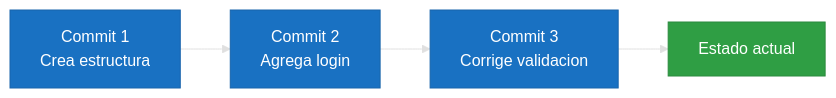
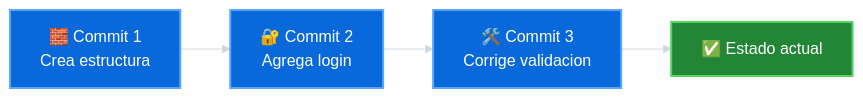
Before and after one commit to 7on2/curso-git-github-desde-cero: the first of 9 diagrams in README.md, drawn with Mermaid. The commit also changed other lines of this file, not shown here.

Commit message:
Mejora colores e iconos de diagramas Mermaid

````diff
--- a/README.md
+++ b/README.md
@@ -119,12 +119,12 @@
 ```mermaid
-%%{init: {'theme': 'base', 'themeVariables': {'primaryTextColor': '#fff', 'lineColor': '#e0e0e0'}}}%%
+%%{init: {'theme': 'base', 'themeVariables': {'primaryTextColor': '#ffffff', 'secondaryTextColor': '#ffffff', 'tertiaryTextColor': '#ffffff', 'lineColor': '#d0d7de', 'edgeLabelBackground': '#0d1117', 'fontFamily': 'Arial'}}}%%
 flowchart LR
-    A[Commit 1\nCrea estructura] --> B[Commit 2\nAgrega login]
-    B --> C[Commit 3\nCorrige validacion]
-    C --> D[Estado actual]
+    A[🧱 Commit 1\nCrea estructura] --> B[🔐 Commit 2\nAgrega login]
+    B --> C[🛠️ Commit 3\nCorrige validacion]
+    C --> D[✅ Estado actual]
 
-    style A fill:#1971c2,stroke:#1864ab,color:#fff
-    style B fill:#1971c2,stroke:#1864ab,color:#fff
-    style C fill:#1971c2,stroke:#1864ab,color:#fff
-    style D fill:#2f9e44,stroke:#2b8a3e,color:#fff
+    style A fill:#0969da,stroke:#58a6ff,stroke-width:2px,color:#ffffff
+    style B fill:#0969da,stroke:#58a6ff,stroke-width:2px,color:#ffffff
+    style C fill:#0969da,stroke:#58a6ff,stroke-width:2px,color:#ffffff
+    style D fill:#238636,stroke:#56d364,stroke-width:2px,color:#ffffff
 ```
````
